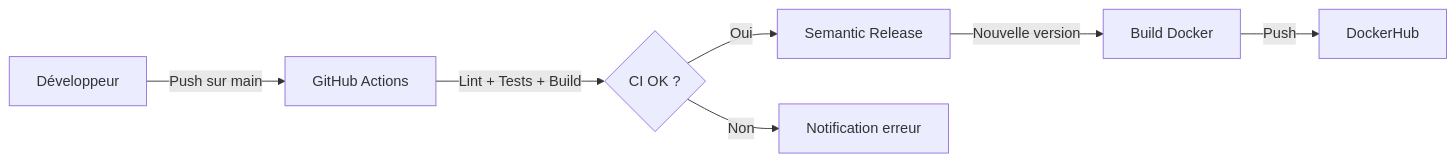
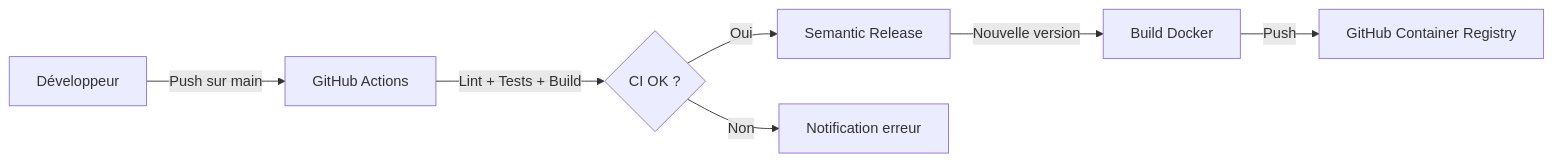
One commit to Wifsimster/copro-pilot changed the second of 2 diagrams in README.md. Above: the diagram before and after it, drawn with Mermaid. The commit also changed other lines of this file and 4 other files, not shown here.

````diff
--- a/README.md
+++ b/README.md
@@ -102,9 +120,9 @@
 ```mermaid
 graph LR
     A[Développeur] -->|Push sur main| B[GitHub Actions]
     B -->|Lint + Tests + Build| C{CI OK ?}
     C -->|Oui| D[Semantic Release]
     C -->|Non| E[Notification erreur]
     D -->|Nouvelle version| F[Build Docker]
-    F -->|Push| G[DockerHub]
+    F -->|Push| G[GitHub Container Registry]
 ```
````
